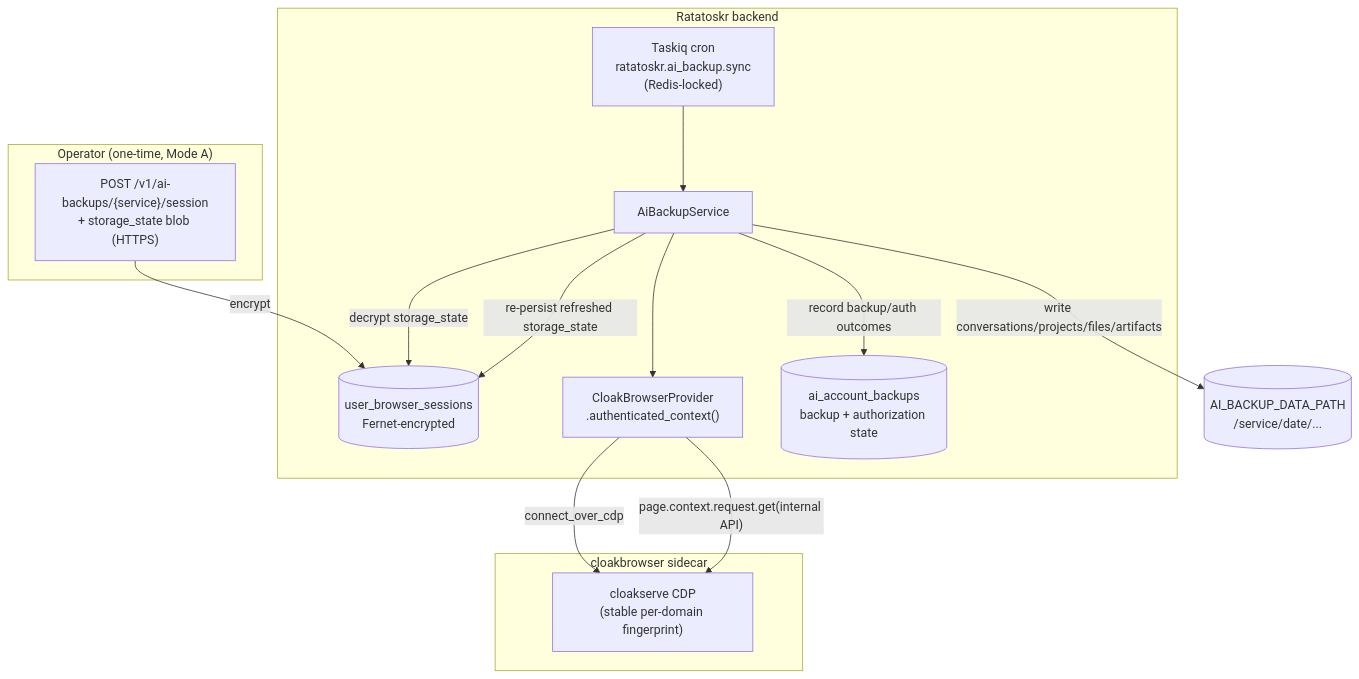
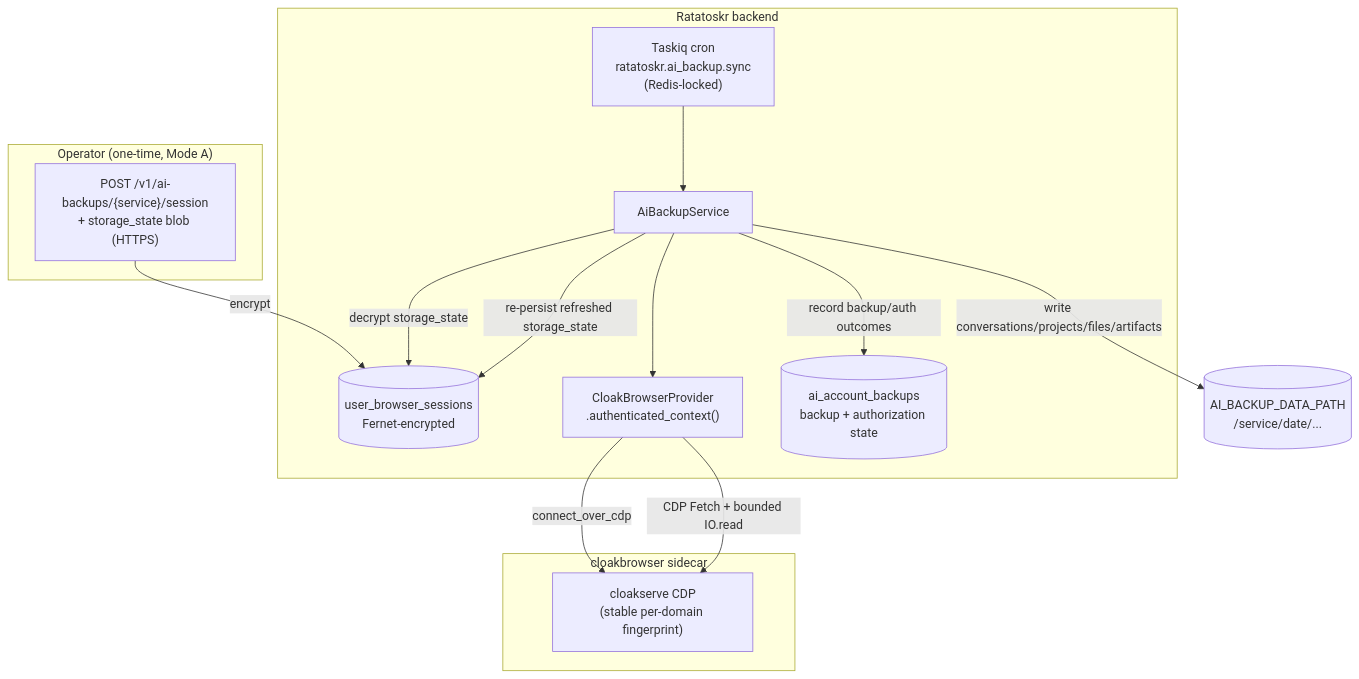
The diagram in docs/explanation/ai-account-backup.md (po4yka/ratatoskr), drawn with Mermaid before and after one commit. The commit also changed other lines of this file and 4 other files, not shown here.

````diff
--- a/docs/explanation/ai-account-backup.md
+++ b/docs/explanation/ai-account-backup.md
@@ -25,27 +25,27 @@
 ```mermaid
 flowchart TB
     subgraph Operator["Operator (one-time, Mode A)"]
         Paste["POST /v1/ai-backups/{service}/session\n+ storage_state blob (HTTPS)"]
     end
     subgraph Backend["Ratatoskr backend"]
         Store[(user_browser_sessions\nFernet-encrypted)]
         Task["Taskiq cron\nratatoskr.ai_backup.sync\n(Redis-locked)"]
         Svc[AiBackupService]
         Prov["CloakBrowserProvider\n.authenticated_context()"]
         State[(ai_account_backups\nbackup + authorization state)]
     end
     subgraph Sidecar["cloakbrowser sidecar"]
         CDP["cloakserve CDP\n(stable per-domain fingerprint)"]
     end
     Disk[(AI_BACKUP_DATA_PATH\n/service/date/...)]
 
     Paste -- encrypt --> Store
     Task --> Svc
     Svc -- decrypt storage_state --> Store
     Svc --> Prov
     Prov -- connect_over_cdp --> CDP
-    Prov -- "page.context.request.get(internal API)" --> CDP
+    Prov -- "CDP Fetch + bounded IO.read" --> CDP
     Svc -- write conversations/projects/files/artifacts --> Disk
     Svc -- re-persist refreshed storage_state --> Store
     Svc -- record backup/auth outcomes --> State
 ```
````
